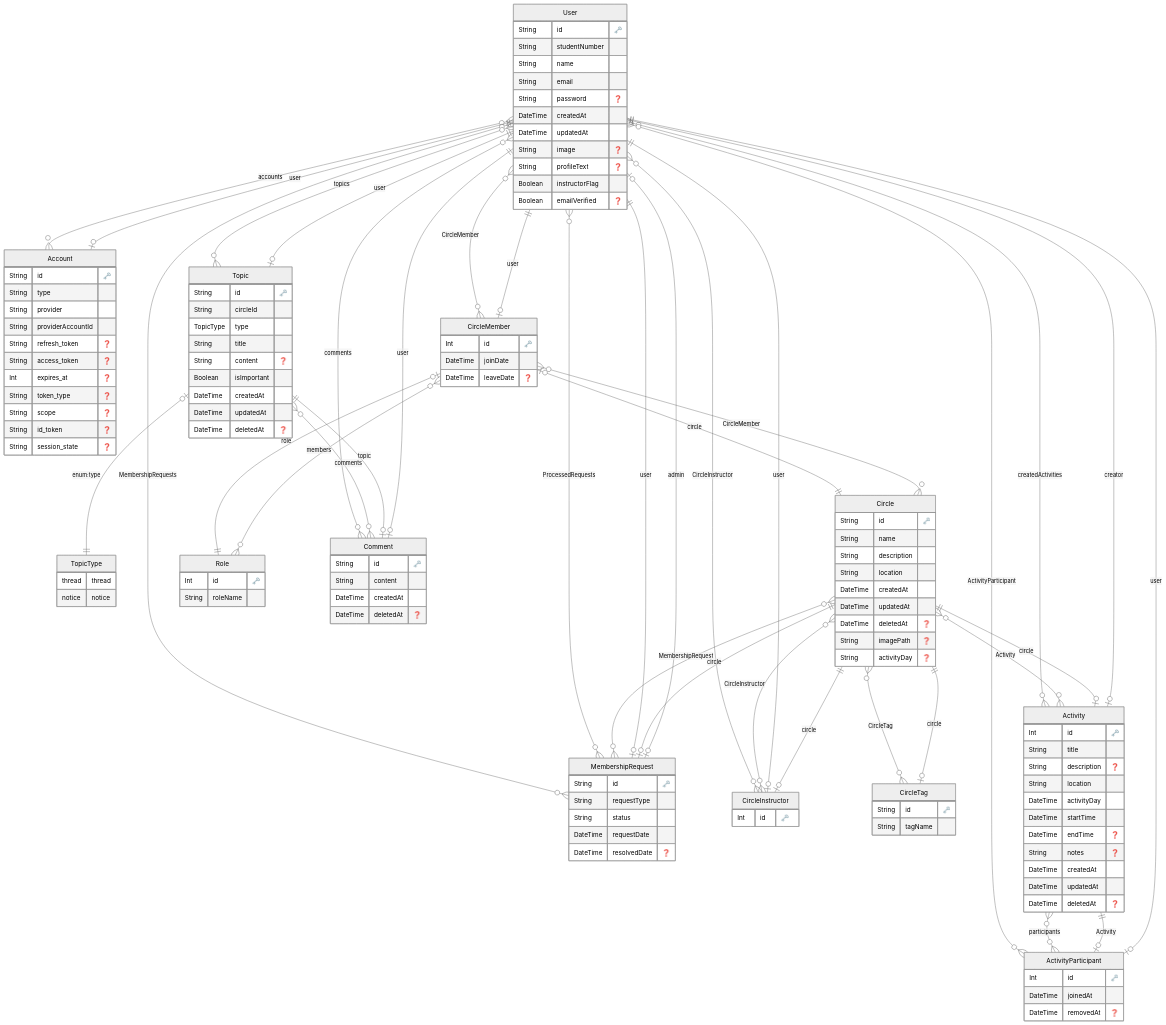
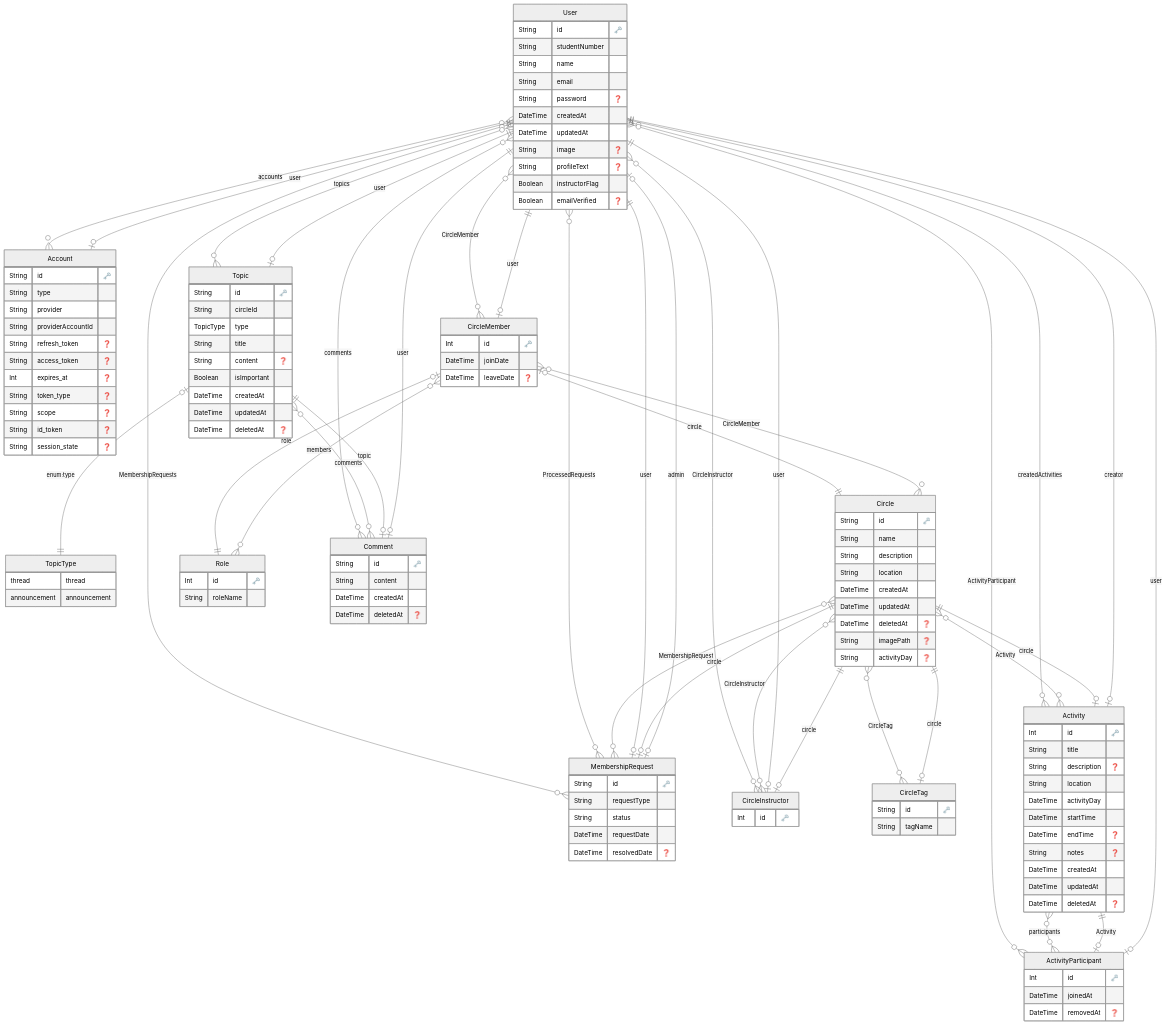
The diagram in prisma/ERD.md (ocs-amo/amo), drawn with Mermaid (neutral theme) before and after one commit. The commit also changed 8 other files, not shown here.

```diff
--- a/prisma/ERD.md
+++ b/prisma/ERD.md
@@ -3,7 +3,7 @@
 
         TopicType {
             thread thread
-notice notice
+announcement announcement
         }
 
   "User" {
```
